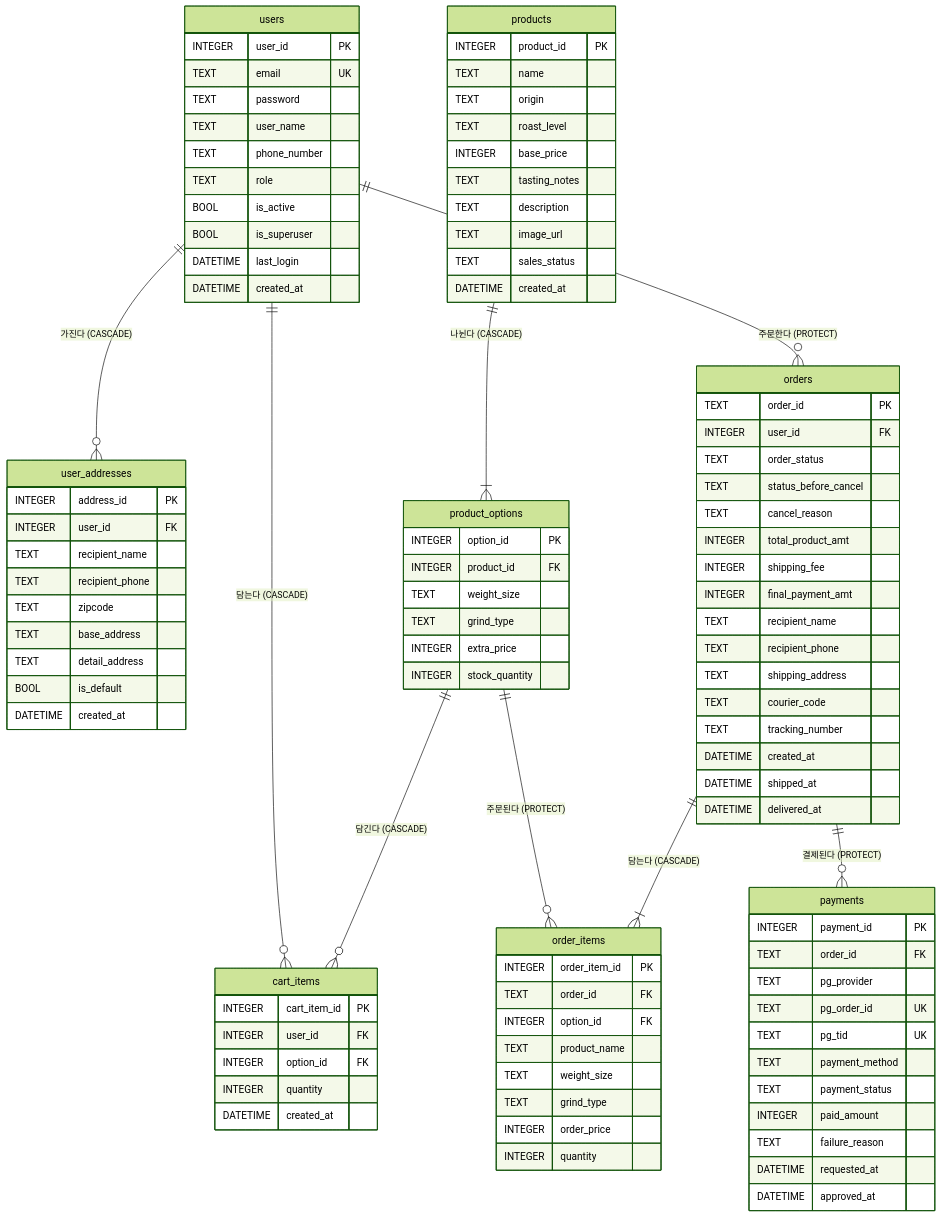
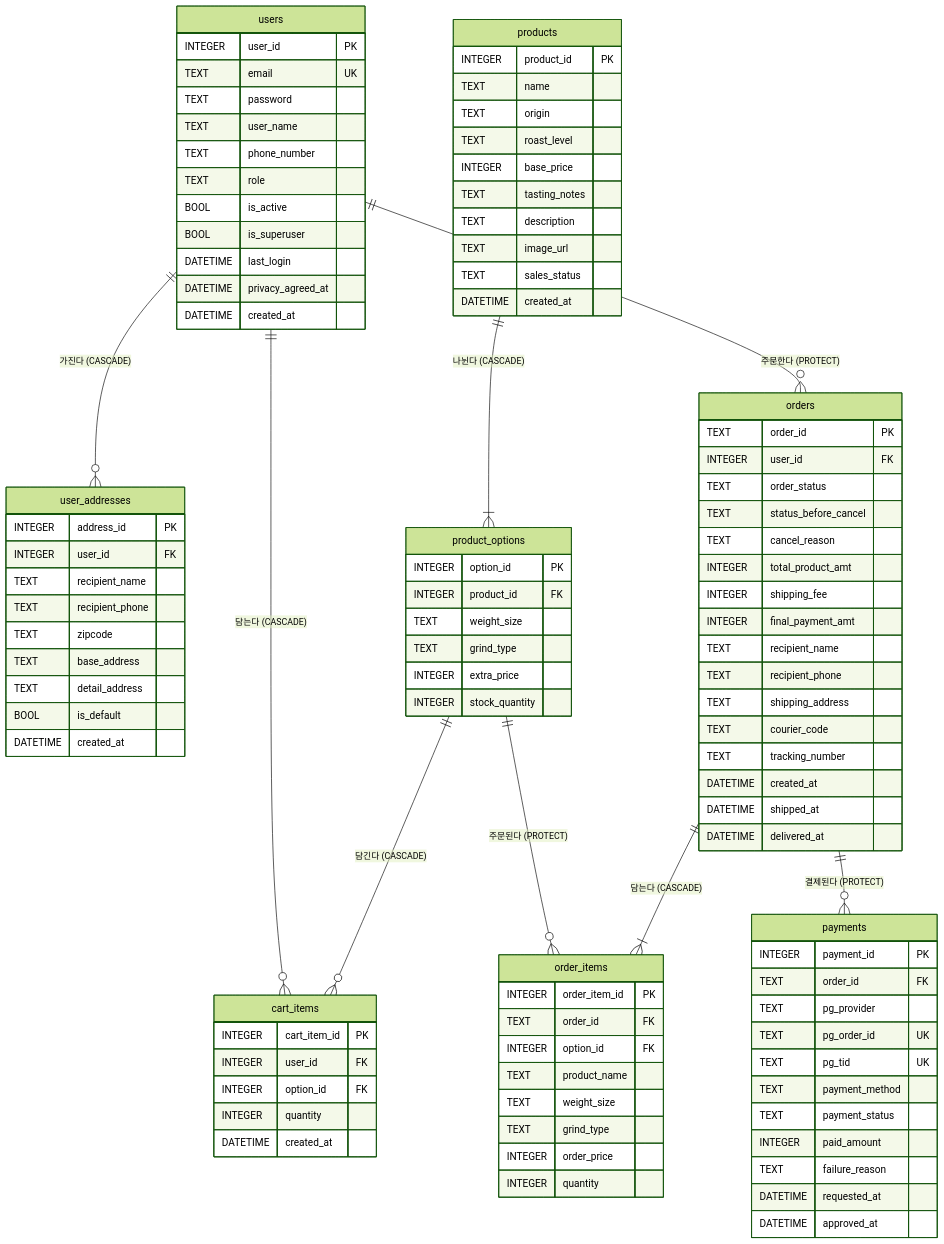
The diagram in docs/specs/sdd/5-data-model.md (seren-wib/coffee-shop), drawn with Mermaid (forest theme) before and after one commit. The commit also changed other lines of this file and 20 other files, not shown here.

```diff
--- a/docs/specs/sdd/5-data-model.md
+++ b/docs/specs/sdd/5-data-model.md
@@ -25,6 +25,7 @@
     BOOL is_active
     BOOL is_superuser
     DATETIME last_login
+    DATETIME privacy_agreed_at
     DATETIME created_at
   }
   user_addresses {
```
